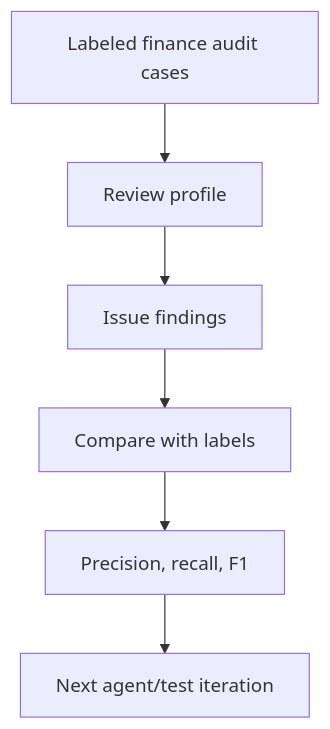
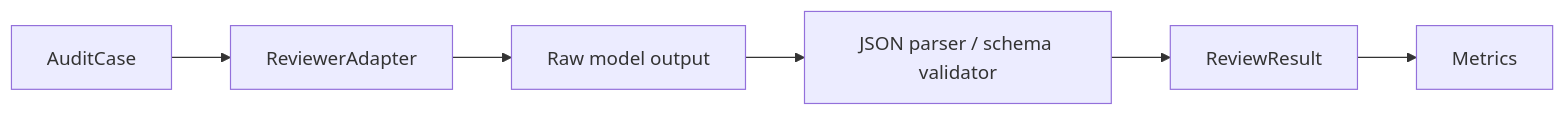
The second of 2 diagrams in docs/architecture.md (PrentendYan/genaiprj), drawn with Mermaid before and after one commit. The commit also changed other lines of this file and 2 other files, not shown here.

````diff
--- a/docs/architecture.md
+++ b/docs/architecture.md
@@ -21,8 +73,8 @@
 ```mermaid
-flowchart TD
-    A["Labeled finance audit cases"] --> B["Review profile"]
-    B --> C["Issue findings"]
-    C --> D["Compare with labels"]
-    D --> E["Precision, recall, F1"]
-    E --> F["Next agent/test iteration"]
+flowchart LR
+    A["AuditCase"] --> B["ReviewerAdapter"]
+    B --> C["Raw model output"]
+    C --> D["JSON parser / schema validator"]
+    D --> E["ReviewResult"]
+    E --> F["Metrics"]
 ```
````
